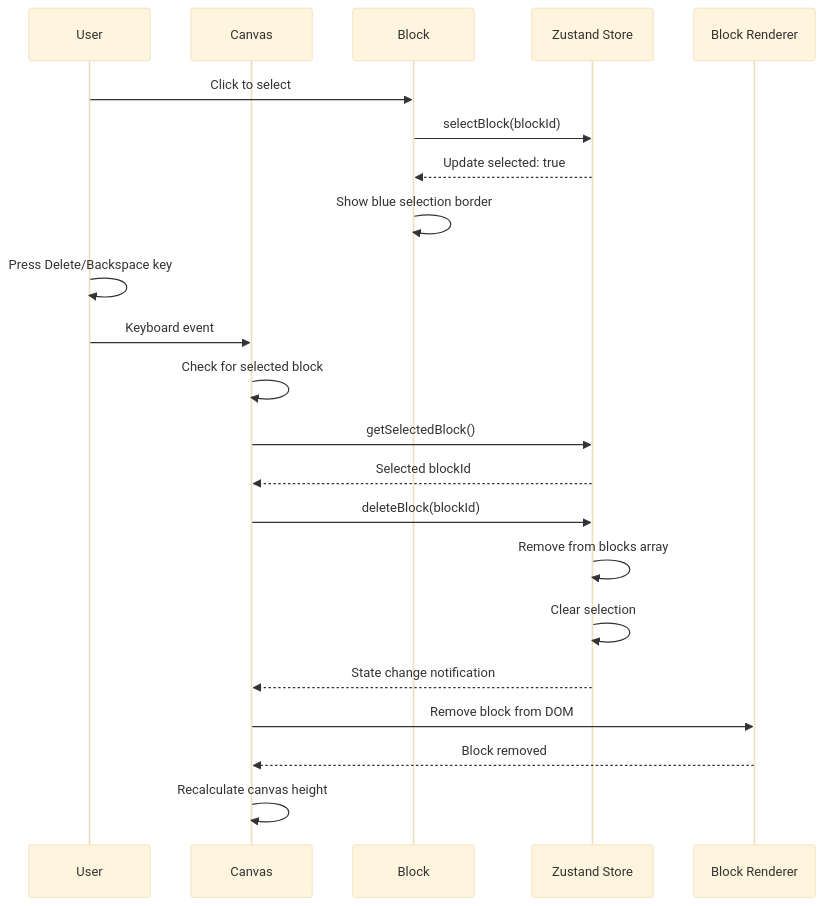
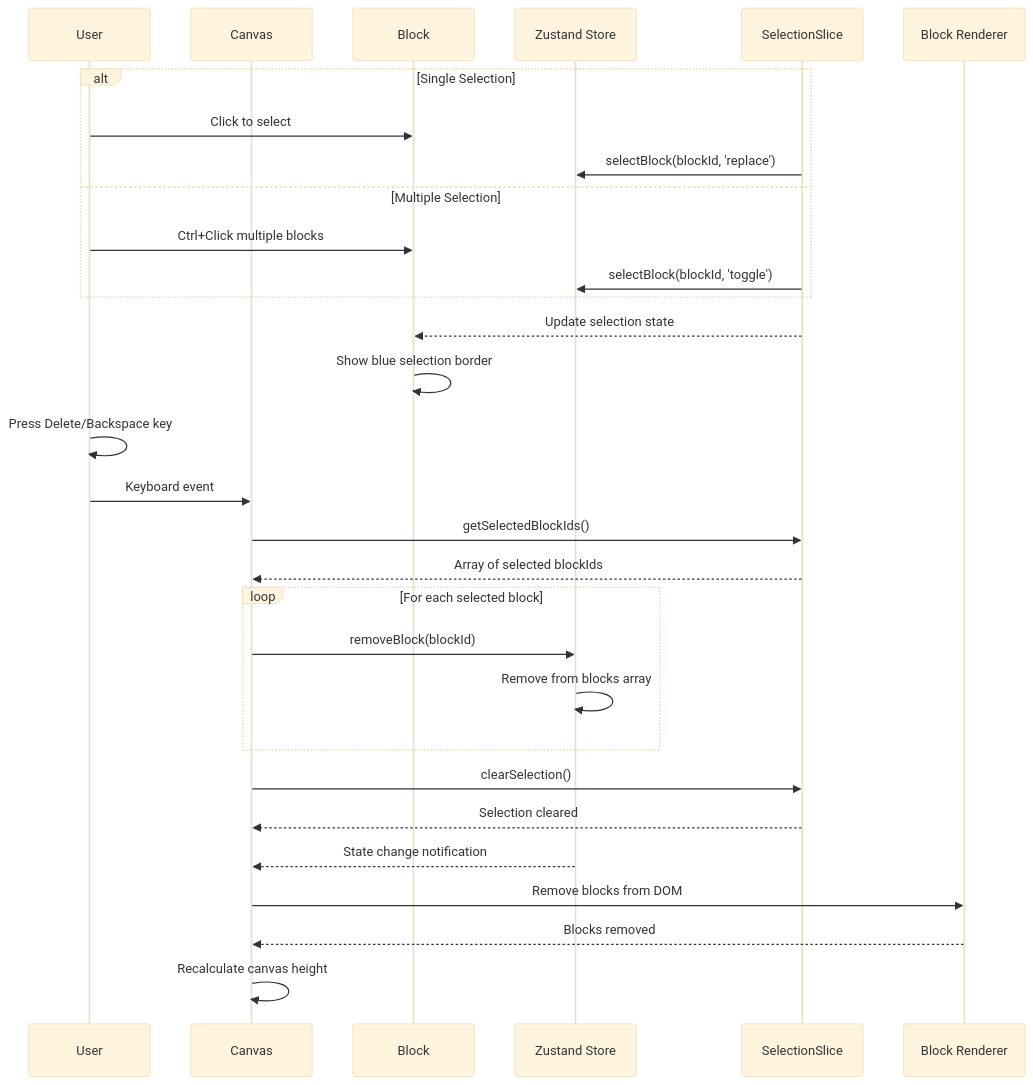
The third of 9 diagrams in docs/architecture/core-workflows.md (litkeys/DraftCN), drawn with Mermaid (base theme) before and after one commit. The commit also changed other lines of this file and 10 other files, not shown here.

First line of the commit message:
Architectural realignment

````diff
--- a/docs/architecture/core-workflows.md
+++ b/docs/architecture/core-workflows.md
@@ -84,27 +85,37 @@
 ```mermaid
 sequenceDiagram
     participant User
     participant Canvas
     participant Block
     participant Store as Zustand Store
+    participant SelectMgr as SelectionSlice
     participant Renderer as Block Renderer
 
-    User->>Block: Click to select
-    Block->>Store: selectBlock(blockId)
-    Store-->>Block: Update selected: true
+    alt Single Selection
+        User->>Block: Click to select
+        SelectMgr->>Store: selectBlock(blockId, 'replace')
+    else Multiple Selection
+        User->>Block: Ctrl+Click multiple blocks
+        SelectMgr->>Store: selectBlock(blockId, 'toggle')
+    end
+
+    SelectMgr-->>Block: Update selection state
     Block->>Block: Show blue selection border
-    
+
     User->>User: Press Delete/Backspace key
     User->>Canvas: Keyboard event
-    Canvas->>Canvas: Check for selected block
-    Canvas->>Store: getSelectedBlock()
-    Store-->>Canvas: Selected blockId
-    
-    Canvas->>Store: deleteBlock(blockId)
-    Store->>Store: Remove from blocks array
-    Store->>Store: Clear selection
+    Canvas->>SelectMgr: getSelectedBlockIds()
+    SelectMgr-->>Canvas: Array of selected blockIds
+
+    loop For each selected block
+        Canvas->>Store: removeBlock(blockId)
+        Store->>Store: Remove from blocks array
+    end
+
+    Canvas->>SelectMgr: clearSelection()
+    SelectMgr-->>Canvas: Selection cleared
     Store-->>Canvas: State change notification
-    Canvas->>Renderer: Remove block from DOM
-    Renderer-->>Canvas: Block removed
+    Canvas->>Renderer: Remove blocks from DOM
+    Renderer-->>Canvas: Blocks removed
     Canvas->>Canvas: Recalculate canvas height
 ```
````
